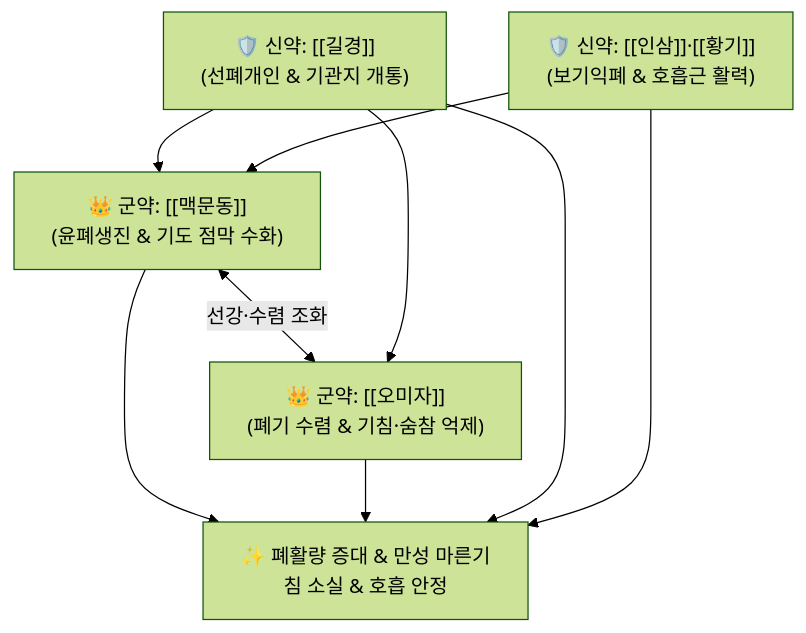
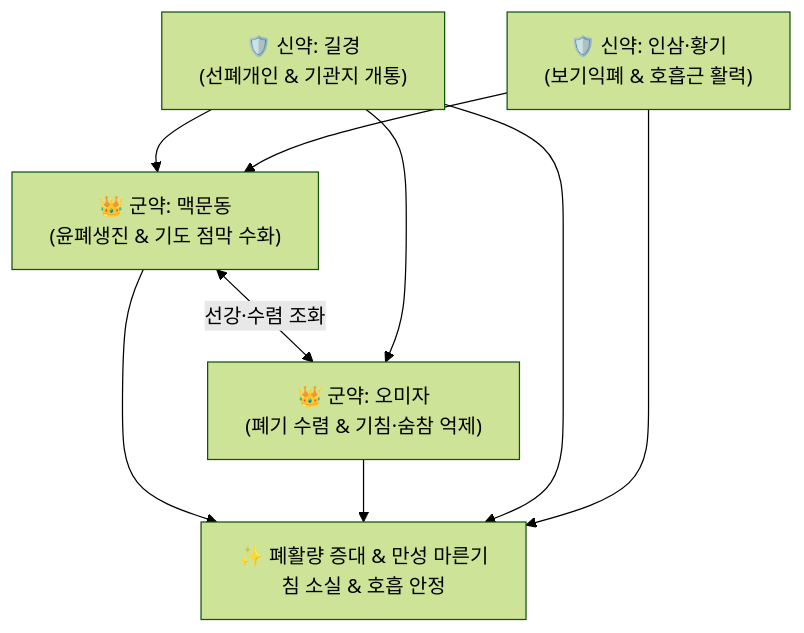
The diagram in content/2. 약리 공부/처방/02_보익제/보폐원탕.md (simbio11/simbio-digital-garden2), drawn with Mermaid (forest theme) before and after one commit. The commit also changed other lines of this file and 323 other files, not shown here.

````diff
--- a/content/2. 약리 공부/처방/02_보익제/보폐원탕.md
+++ b/content/2. 약리 공부/처방/02_보익제/보폐원탕.md
@@ -45,7 +47,7 @@
 ```mermaid
 graph TD
-    MMD["👑 군약: [[맥문동]]<br>(윤폐생진 & 기도 점막 수화)"] <-->|선강·수렴 조화| OM["👑 군약: [[오미자]]<br>(폐기 수렴 & 기침·숨참 억제)"]
-    GG["🛡️ 신약: [[길경]]<br>(선폐개인 & 기관지 개통)"] --> MMD & OM
-    IS["🛡️ 신약: [[인삼]]·[[황기]]<br>(보기익폐 & 호흡근 활력)"] --> MMD
+    MMD["👑 군약: 맥문동<br>(윤폐생진 & 기도 점막 수화)"] <-->|선강·수렴 조화| OM["👑 군약: 오미자<br>(폐기 수렴 & 기침·숨참 억제)"]
+    GG["🛡️ 신약: 길경<br>(선폐개인 & 기관지 개통)"] --> MMD & OM
+    IS["🛡️ 신약: 인삼·황기<br>(보기익폐 & 호흡근 활력)"] --> MMD
     MMD & OM & GG & IS --> Target["✨ 폐활량 증대 & 만성 마른기침 소실 & 호흡 안정"]
 ```
````
